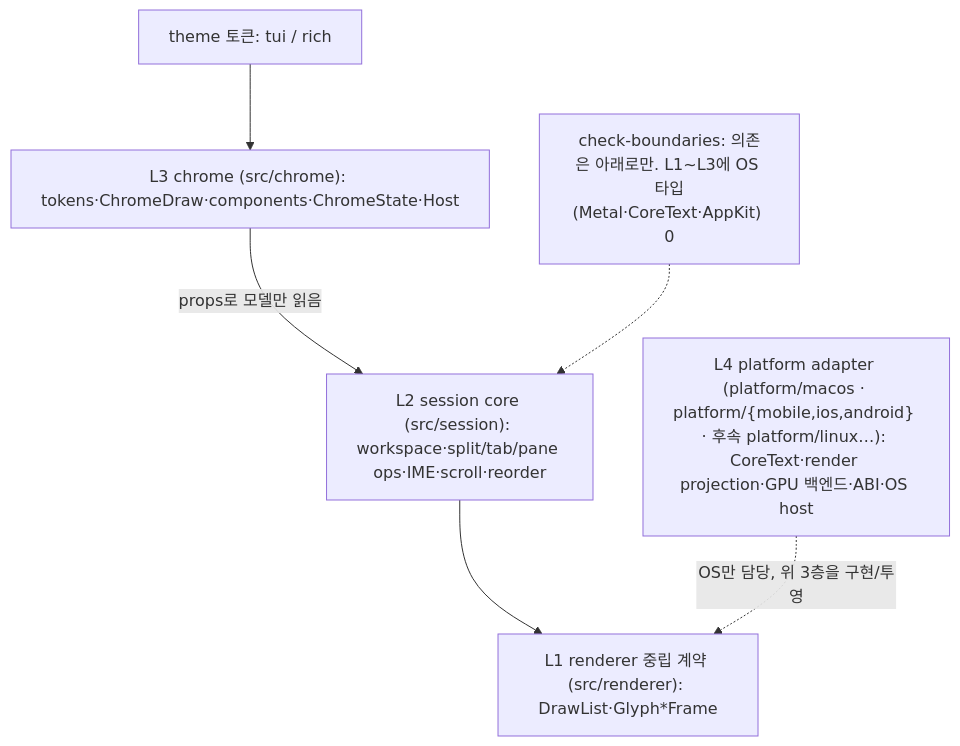
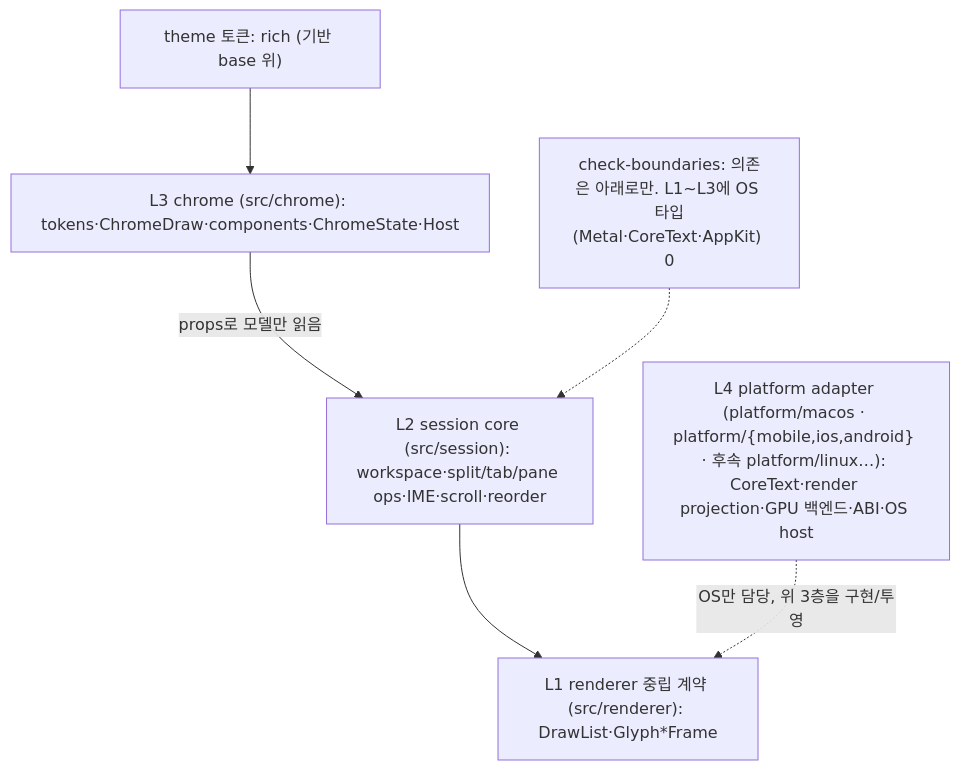
One commit to ohah/maru changed the diagram in docs/layering-and-portability.md. Above: the diagram before and after it, drawn with Mermaid. The commit also changed other lines of this file and 42 other files, not shown here.

First line of the commit message:
docs(chrome): 제거된 tui 룩을 지금도 있는 것처럼 쓴 서술을 고친다 — 주석·문서·테스트 이름

````diff
--- a/docs/layering-and-portability.md
+++ b/docs/layering-and-portability.md
@@ -13,10 +13,10 @@
 ```mermaid
 flowchart TD
-    theme["theme 토큰: tui / rich"] --> chrome
+    theme["theme 토큰: rich (기반 base 위)"] --> chrome
     chrome["L3 chrome (src/chrome): tokens·ChromeDraw·components·ChromeState·Host"] -->|"props로 모델만 읽음"| session
     session["L2 session core (src/session): workspace·split/tab/pane ops·IME·scroll·reorder"] --> contract
     contract["L1 renderer 중립 계약 (src/renderer): DrawList·Glyph*Frame"]
     adapter["L4 platform adapter (platform/macos · platform/{mobile,ios,android} · 후속 platform/linux…): CoreText·render projection·GPU 백엔드·ABI·OS host"]
     adapter -.->|"OS만 담당, 위 3층을 구현/투영"| contract
     boundary["check-boundaries: 의존은 아래로만. L1~L3에 OS 타입(Metal·CoreText·AppKit) 0"] -.-> session
 ```
````
